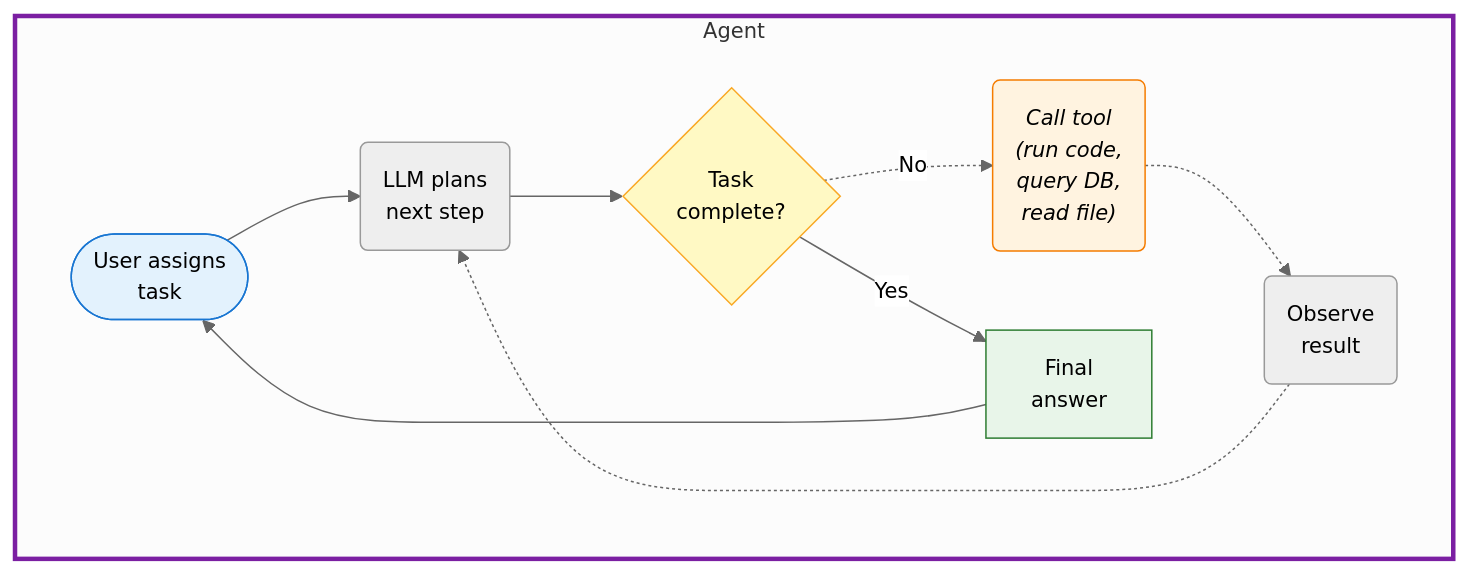
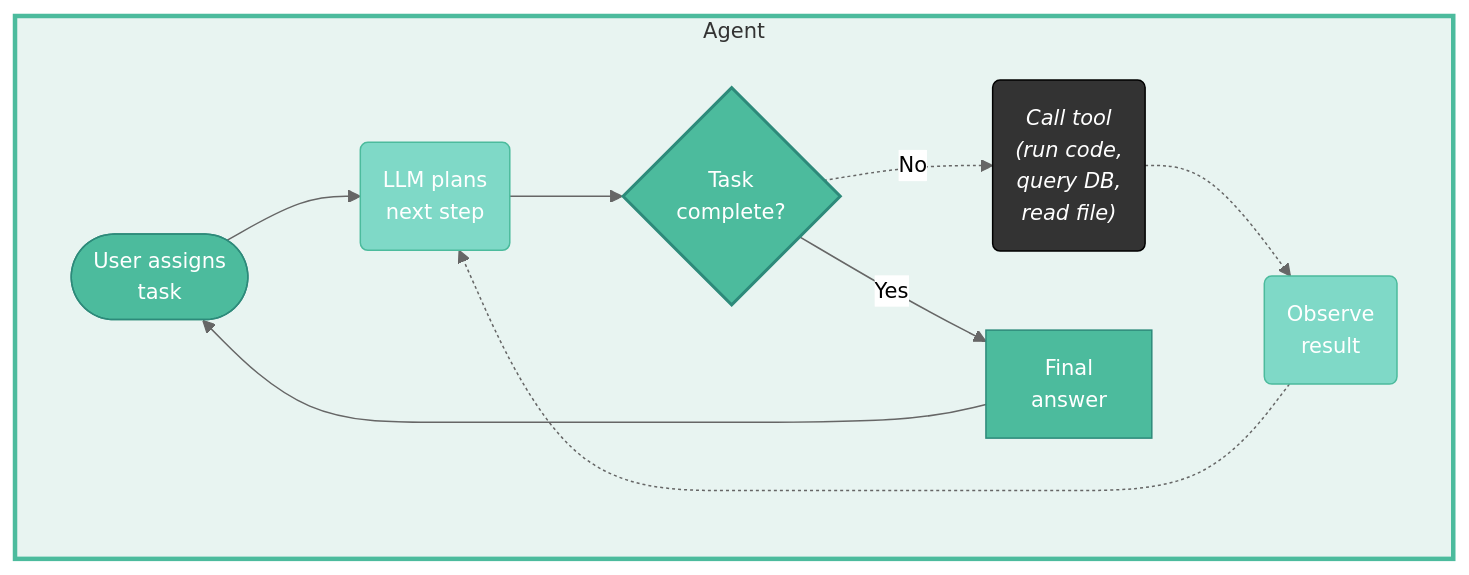
The third of 6 diagrams in tools.qmd (mjfrigaard/shiny-app-pkgs), drawn with Mermaid before and after one commit. The commit also changed other lines of this file, not shown here.

First line of the commit message:
Style flowchart diagrams in tools.qmd with teal palette

````diff
--- a/tools.qmd
+++ b/tools.qmd
@@ -288,25 +288,25 @@
 ```{mermaid}
 %%| fig-cap: 'Agents'
 %%| fig-align: center
 %%{init: {'theme': 'neutral', 'themeVariables': { 'fontFamily': 'monospace', "fontSize":"14px"}}}%%
 
 flowchart TD
     subgraph Agent["Agent"]
         direction LR
         UserAg(["User assigns<br>task"]) --> LlmAg("LLM plans<br>next step")
         LlmAg --> Decide{Task<br/>complete?}
         Decide -.->|No| ToolCall("<em>Call tool <br>(run code,<br> query DB,<br> read file)</em>")
         ToolCall -.-> Observe(Observe<br>result)
         Observe -.-> LlmAg
         Decide -->|Yes| FinalAg[Final<br>answer]
         FinalAg --> UserAg
     end
 
-    style Agent stroke-width:3px,stroke:#7b1fa2
-    
-    style UserAg fill:#e3f2fd,stroke:#1976d2,stroke-width:1px,color:#000
-    style FinalAg fill:#e8f5e9,stroke:#2e7d32,stroke-width:1px,color:#000
-    
-    style ToolCall fill:#fff3e0,stroke:#f57c00
-    style Decide fill:#fff9c4,stroke:#f9a825
+    style Agent fill:#e8f4f1,stroke-width:3px,stroke:#4CBB9D
+    style UserAg fill:#4CBB9D,stroke:#2d8a7a,stroke-width:1px,color:#fff
+    style LlmAg fill:#7fd9c7,stroke:#4CBB9D,stroke-width:1px,color:#fff
+    style Decide fill:#4CBB9D,stroke:#2d8a7a,stroke-width:2px,color:#fff
+    style FinalAg fill:#4CBB9D,stroke:#2d8a7a,stroke-width:1px,color:#fff
+    style ToolCall fill:#333,stroke:#000,stroke-width:1px,color:#fff
+    style Observe fill:#7fd9c7,stroke:#4CBB9D,stroke-width:1px,color:#fff
 ```
````
